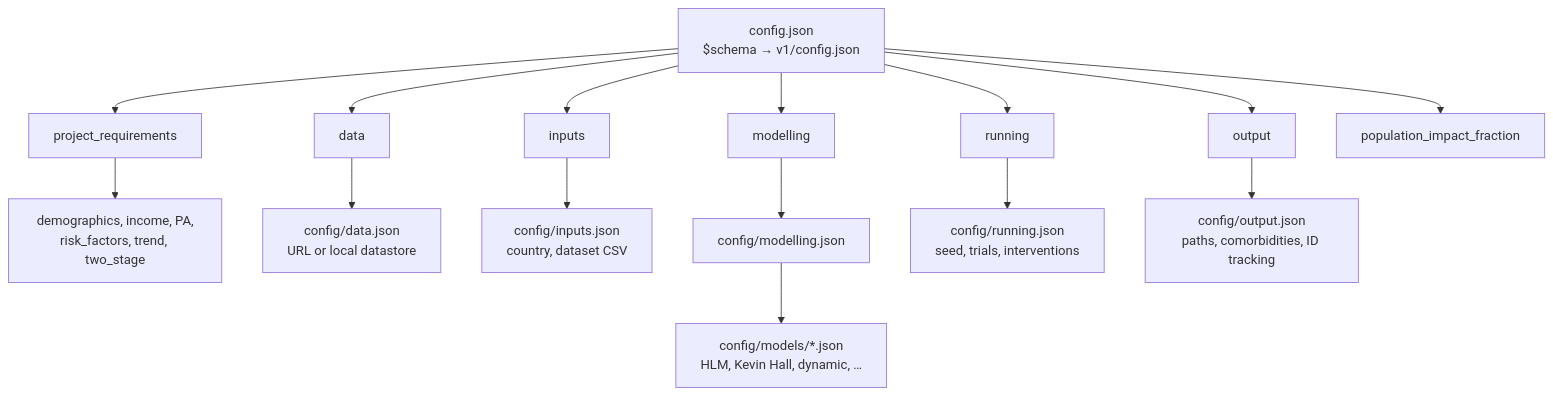
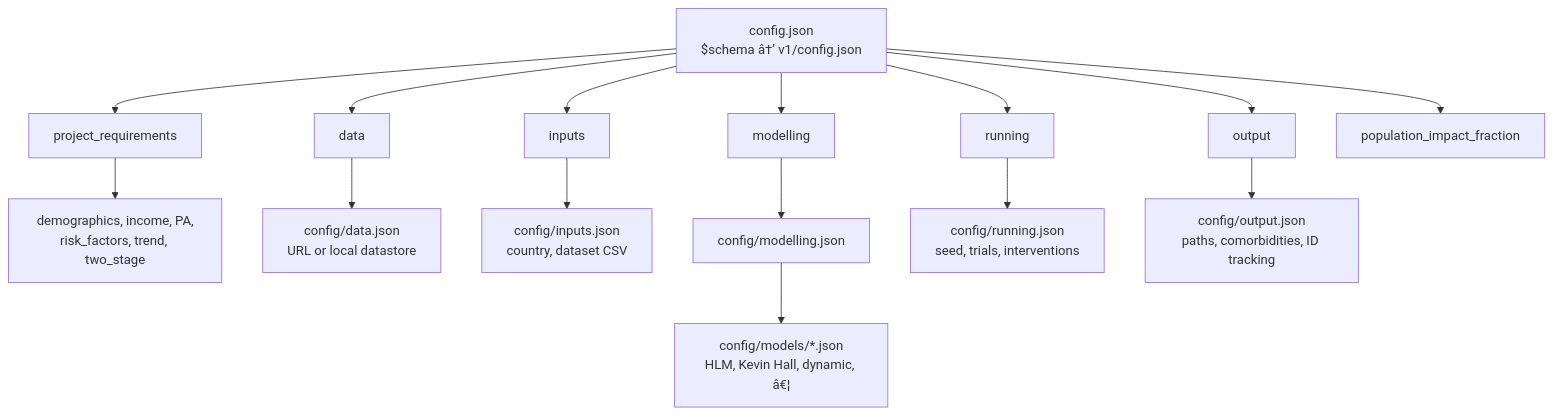
One commit to imperialCHEPI/healthgps changed the first of 3 diagrams in documentation/user/schemas.md. Above: the diagram before and after it, drawn with Mermaid. The commit also changed other lines of this file and 34 other files, not shown here.

````diff
--- a/documentation/user/schemas.md
+++ b/documentation/user/schemas.md
@@ -29,19 +29,19 @@
 ```mermaid
 flowchart TB
-    ROOT["config.json<br/>$schema → v1/config.json"]
+    ROOT["config.json<br/>$schema â†’ v1/config.json"]
     ROOT --> PR[project_requirements]
     ROOT --> DATA[data]
     ROOT --> IN[inputs]
     ROOT --> MOD[modelling]
     ROOT --> RUN[running]
     ROOT --> OUT[output]
     ROOT --> PIF[population_impact_fraction]
 
     PR --> PRsub["demographics, income, PA,<br/>risk_factors, trend, two_stage"]
     DATA --> DATAref["config/data.json<br/>URL or local datastore"]
     IN --> INref["config/inputs.json<br/>country, dataset CSV"]
     MOD --> MODref["config/modelling.json"]
-    MODref --> MODELS["config/models/*.json<br/>HLM, Kevin Hall, dynamic, …"]
+    MODref --> MODELS["config/models/*.json<br/>HLM, Kevin Hall, dynamic, â€¦"]
     RUN --> RUNref["config/running.json<br/>seed, trials, interventions"]
     OUT --> OUTref["config/output.json<br/>paths, comorbidities, ID tracking"]
 ```
````
